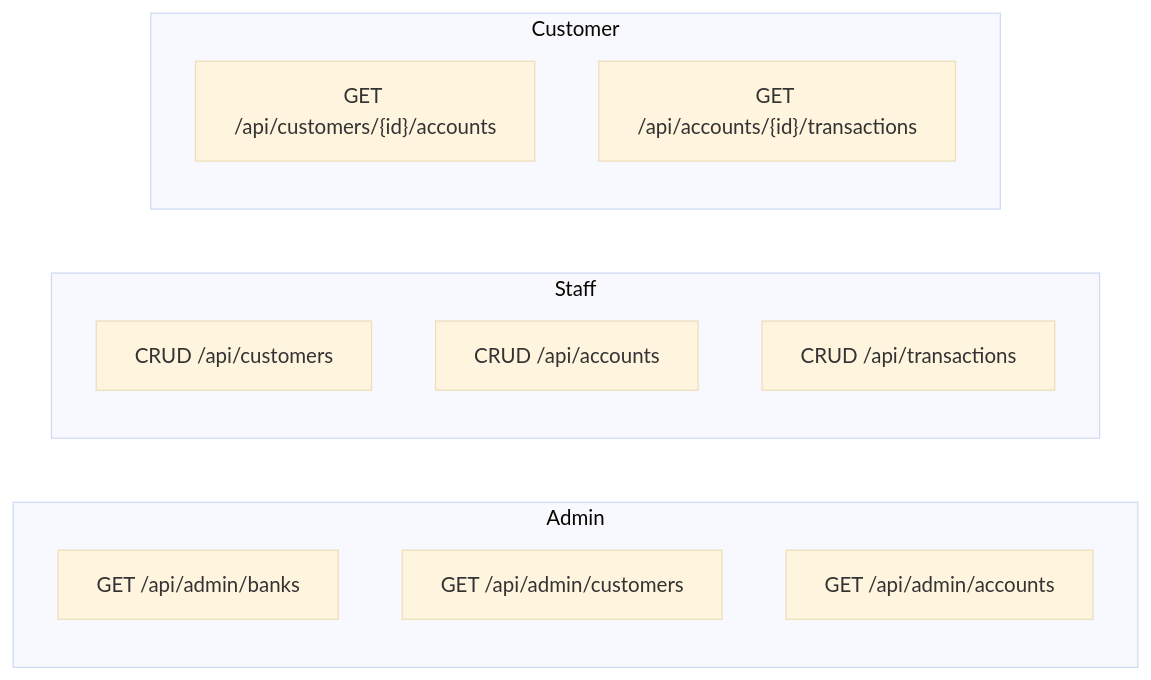
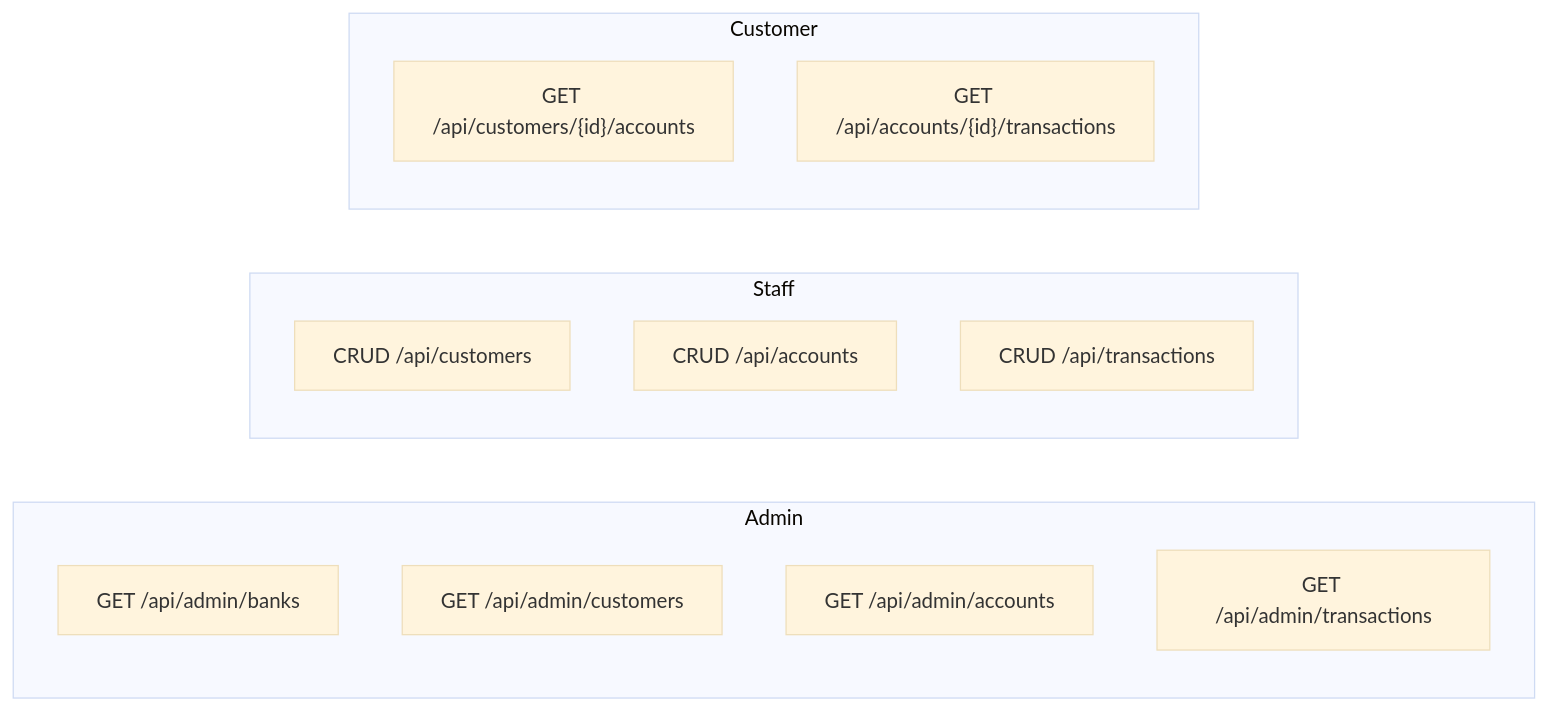
The fifth of 6 diagrams in README.md (SjoenH/efcore-multitenant-dual-dbcontext-demo), drawn with Mermaid (base theme) before and after one commit. The commit also changed other lines of this file, not shown here.

````diff
--- a/README.md
+++ b/README.md
@@ -178,19 +185,20 @@
 ```mermaid
 flowchart LR
     subgraph Admin
         A1[GET /api/admin/banks]
         A2[GET /api/admin/customers]
         A3[GET /api/admin/accounts]
+        A4[GET /api/admin/transactions]
     end
 
     subgraph Staff
         S1[CRUD /api/customers]
         S2[CRUD /api/accounts]
         S3[CRUD /api/transactions]
     end
 
     subgraph Customer
         C1["GET /api/customers/{id}/accounts"]
         C2["GET /api/accounts/{id}/transactions"]
     end
 ```
````
